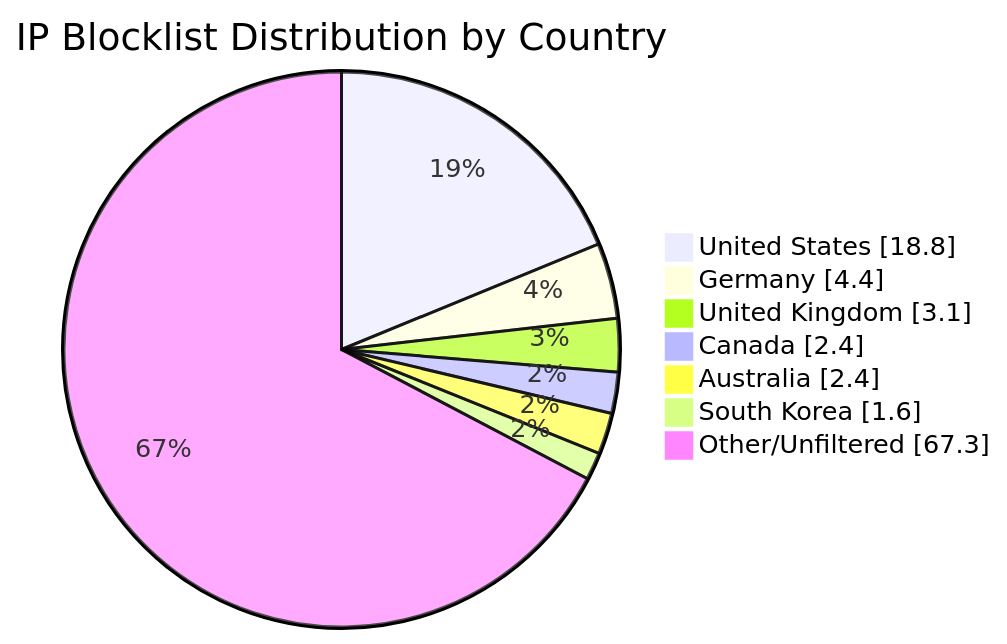
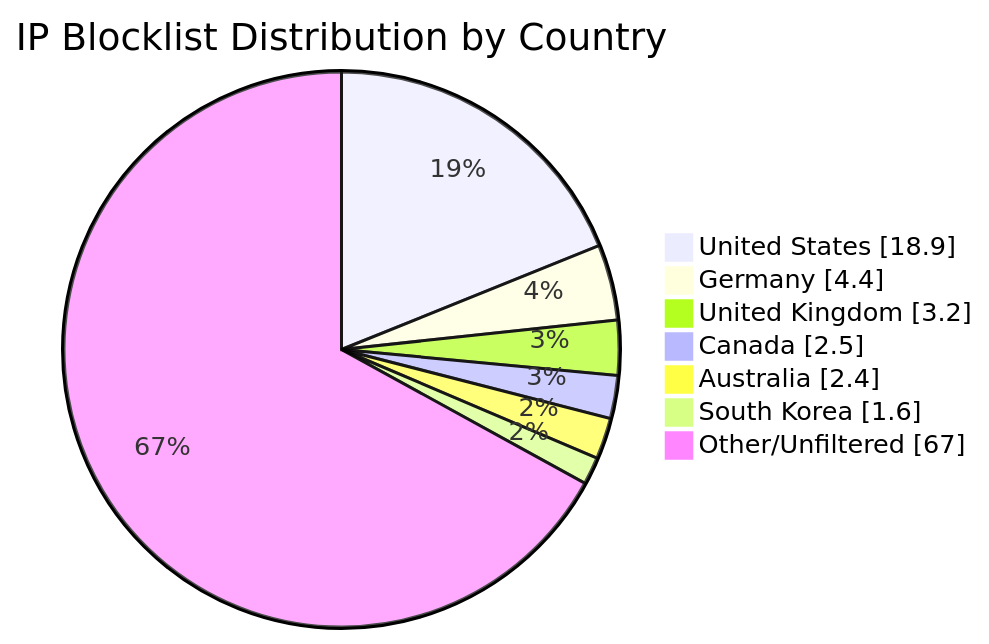
The diagram in README.md (MarcusHoltz/ipblocklist-geofiltered-aggregator), drawn with Mermaid before and after one commit. The commit also changed other lines of this file and 9 other files, not shown here.

````diff
--- a/README.md
+++ b/README.md
@@ -34,10 +34,10 @@
 ```mermaid
 pie showData title IP Blocklist Distribution by Country
-"United States" : 18.8
+"United States" : 18.9
 "Germany" : 4.4
-"United Kingdom" : 3.1
-"Canada" : 2.4
+"United Kingdom" : 3.2
+"Canada" : 2.5
 "Australia" : 2.4
 "South Korea" : 1.6
-"Other/Unfiltered" : 67.3
+"Other/Unfiltered" : 67.0
 ```
````
